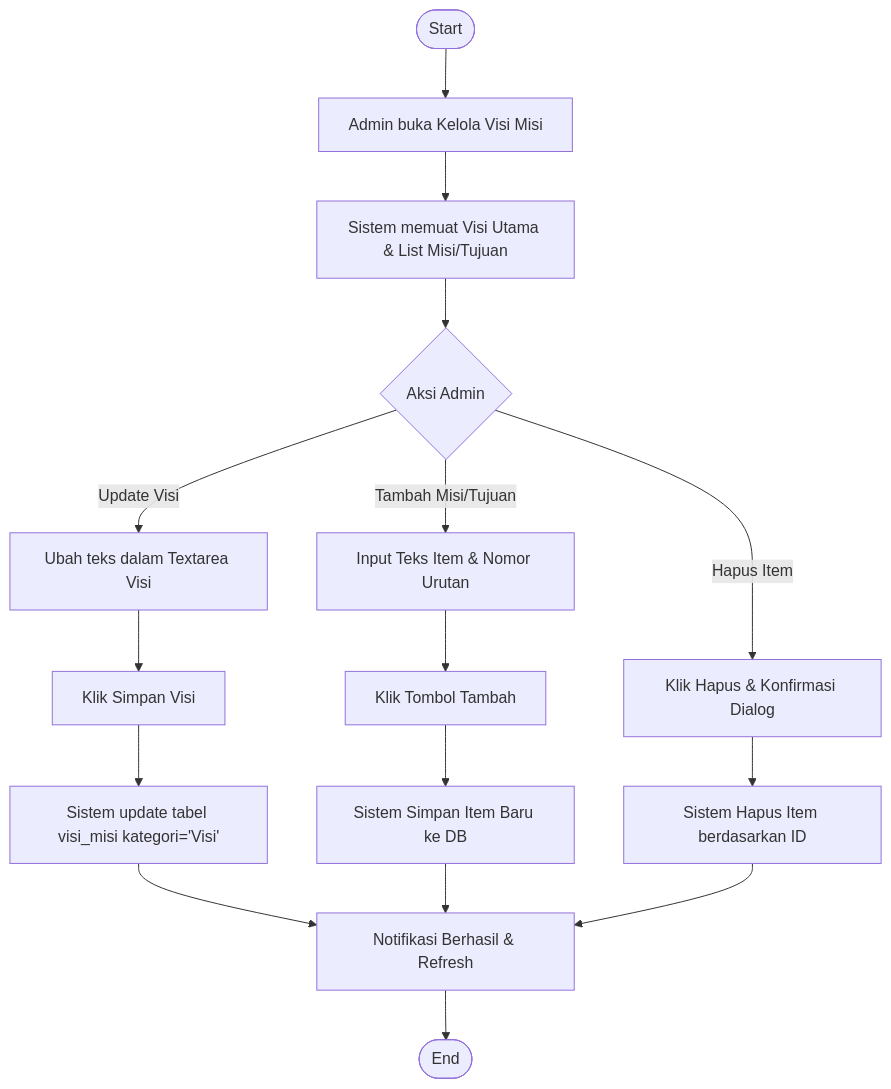
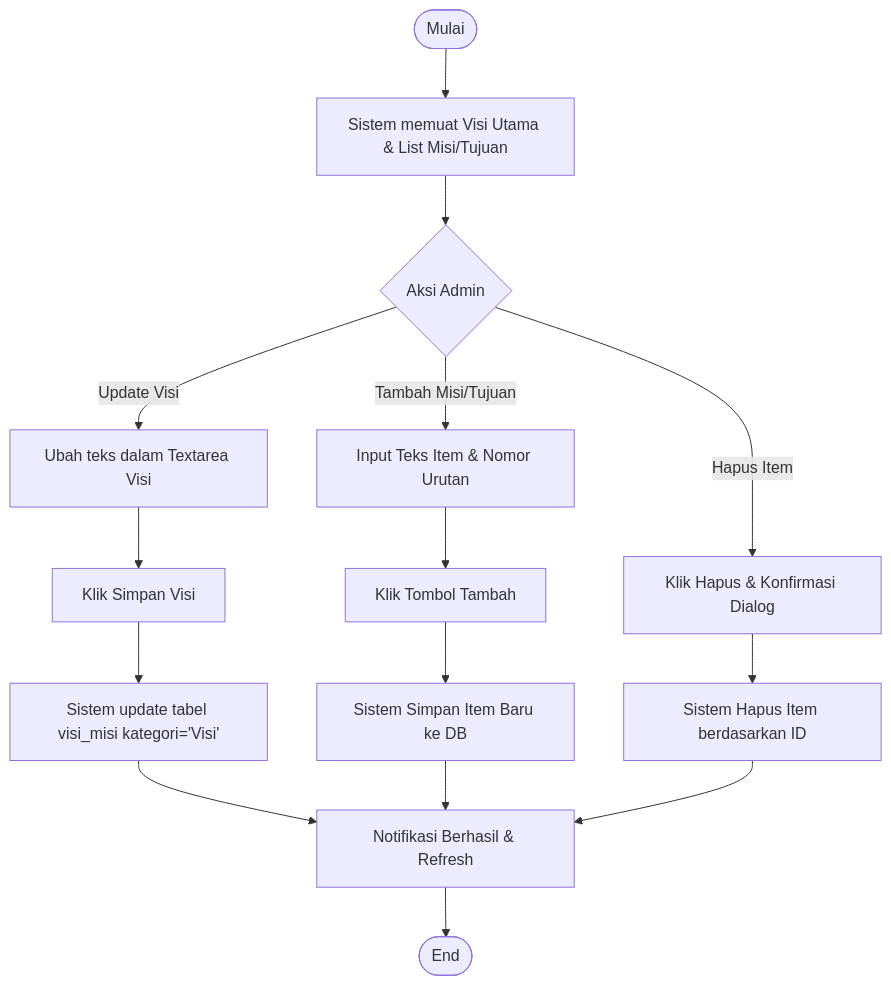
One commit to arbain-dev/Web_fikom changed the second of 5 diagrams in docs/activity_diagram_profil.md. Above: the diagram before and after it, drawn with Mermaid. The commit also changed other lines of this file and 7 other files, not shown here.

Commit message:
docs: standarisasi semua awal flowchart diagram menjadi 'Mulai'

````diff
--- a/docs/activity_diagram_profil.md
+++ b/docs/activity_diagram_profil.md
@@ -37,25 +37,24 @@
 ```mermaid
 flowchart TD
-    Start([Start]) --> OpenModule[Admin buka Kelola Visi Misi]
-    OpenModule --> Fetch[Sistem memuat Visi Utama & List Misi/Tujuan]
+    Mulai([Mulai]) --> Fetch[Sistem memuat Visi Utama & List Misi/Tujuan]
     
     Fetch --> Interaction{Aksi Admin}
     
     %% Alur Update Visi Utama
     Interaction -- "Update Visi" --> EditVisi[Ubah teks dalam Textarea Visi]
     EditVisi --> SaveVisi[Klik Simpan Visi]
     SaveVisi --> UpdateDB1[Sistem update tabel visi_misi kategori='Visi']
     
     %% Alur Kelola List
     Interaction -- "Tambah Misi/Tujuan" --> InputForm[Input Teks Item & Nomor Urutan]
     InputForm --> AddItem[Klik Tombol Tambah]
     AddItem --> InsertDB[Sistem Simpan Item Baru ke DB]
     
     Interaction -- "Hapus Item" --> Confirm[Klik Hapus & Konfirmasi Dialog]
     Confirm --> DeleteDB[Sistem Hapus Item berdasarkan ID]
     
     UpdateDB1 --> Notify[Notifikasi Berhasil & Refresh]
     InsertDB --> Notify
     DeleteDB --> Notify
     Notify --> End([End])
 ```
````
